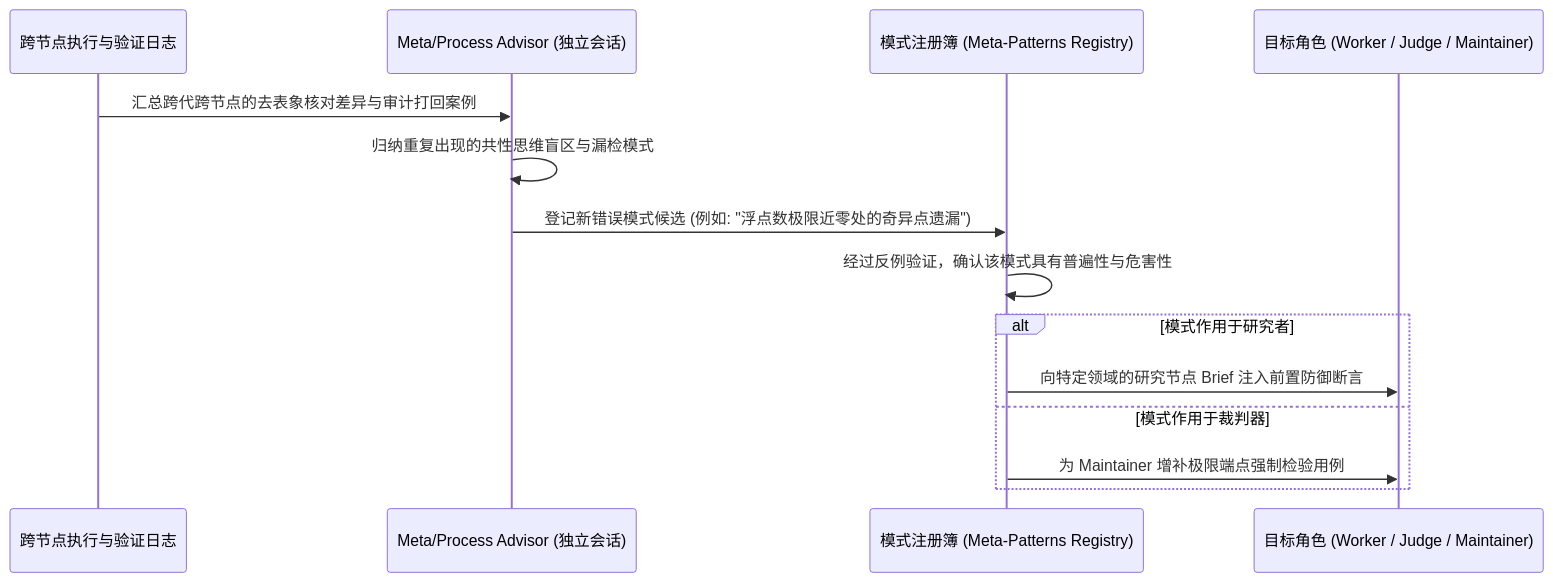
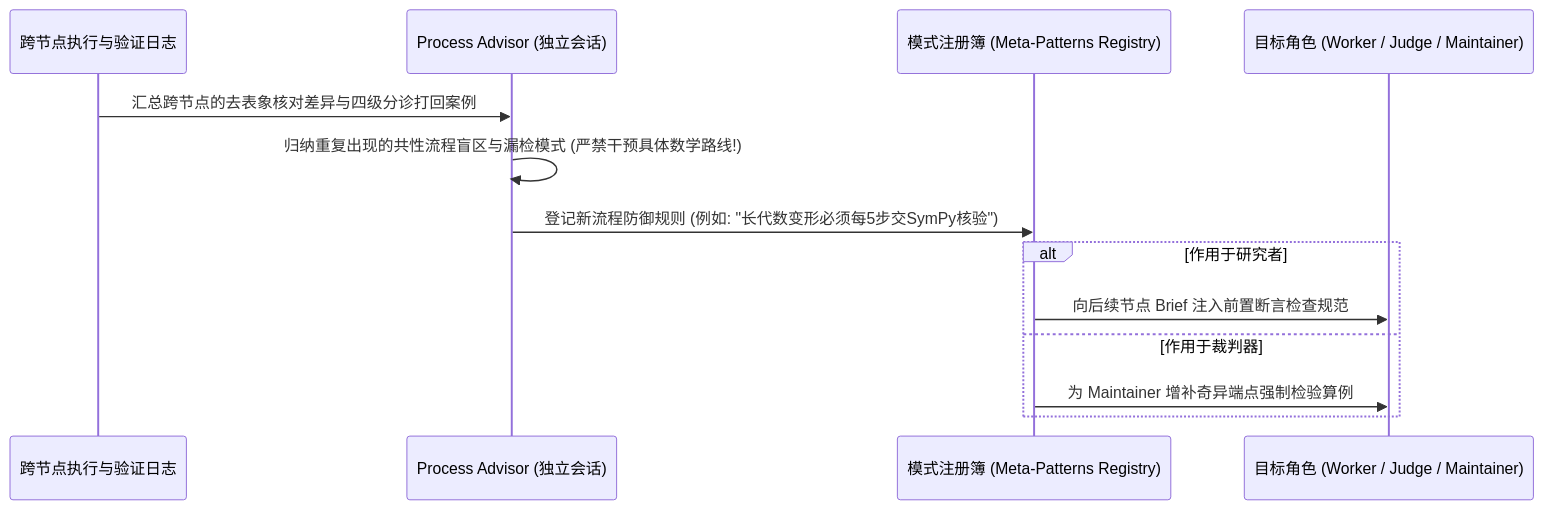
One commit to Qingzhu093/greatwall-agent changed diagram 16 of 20 in V4_总体架构与工程规范_全编整合版.md. Above: the diagram before and after it, drawn with Mermaid. The commit also changed other lines of this file, not shown here.

Commit message:
feat(v4.1): upgrade master architecture spec with 4-tier triage, epistemic synthesis, clean-room worktrees, and 3D cognitive asymmetry

````diff
--- a/V4_总体架构与工程规范_全编整合版.md
+++ b/V4_总体架构与工程规范_全编整合版.md
@@ -799,17 +882,16 @@
 ```mermaid
 sequenceDiagram
     participant Logs as 跨节点执行与验证日志
-    participant Advisor as Meta/Process Advisor (独立会话)
+    participant Advisor as Process Advisor (独立会话)
     participant Reg as 模式注册簿 (Meta-Patterns Registry)
     participant Target as 目标角色 (Worker / Judge / Maintainer)
 
-    Logs->>Advisor: 汇总跨代跨节点的去表象核对差异与审计打回案例
-    Advisor->>Advisor: 归纳重复出现的共性思维盲区与漏检模式
-    Advisor->>Reg: 登记新错误模式候选 (例如: "浮点数极限近零处的奇异点遗漏")
-    Reg->>Reg: 经过反例验证，确认该模式具有普遍性与危害性
-    alt 模式作用于研究者
-        Reg->>Target: 向特定领域的研究节点 Brief 注入前置防御断言
-    else 模式作用于裁判器
-        Reg->>Target: 为 Maintainer 增补极限端点强制检验用例
+    Logs->>Advisor: 汇总跨节点的去表象核对差异与四级分诊打回案例
+    Advisor->>Advisor: 归纳重复出现的共性流程盲区与漏检模式 (严禁干预具体数学路线!)
+    Advisor->>Reg: 登记新流程防御规则 (例如: "长代数变形必须每5步交SymPy核验")
+    alt 作用于研究者
+        Reg->>Target: 向后续节点 Brief 注入前置断言检查规范
+    else 作用于裁判器
+        Reg->>Target: 为 Maintainer 增补奇异端点强制检验算例
     end
 ```
````
